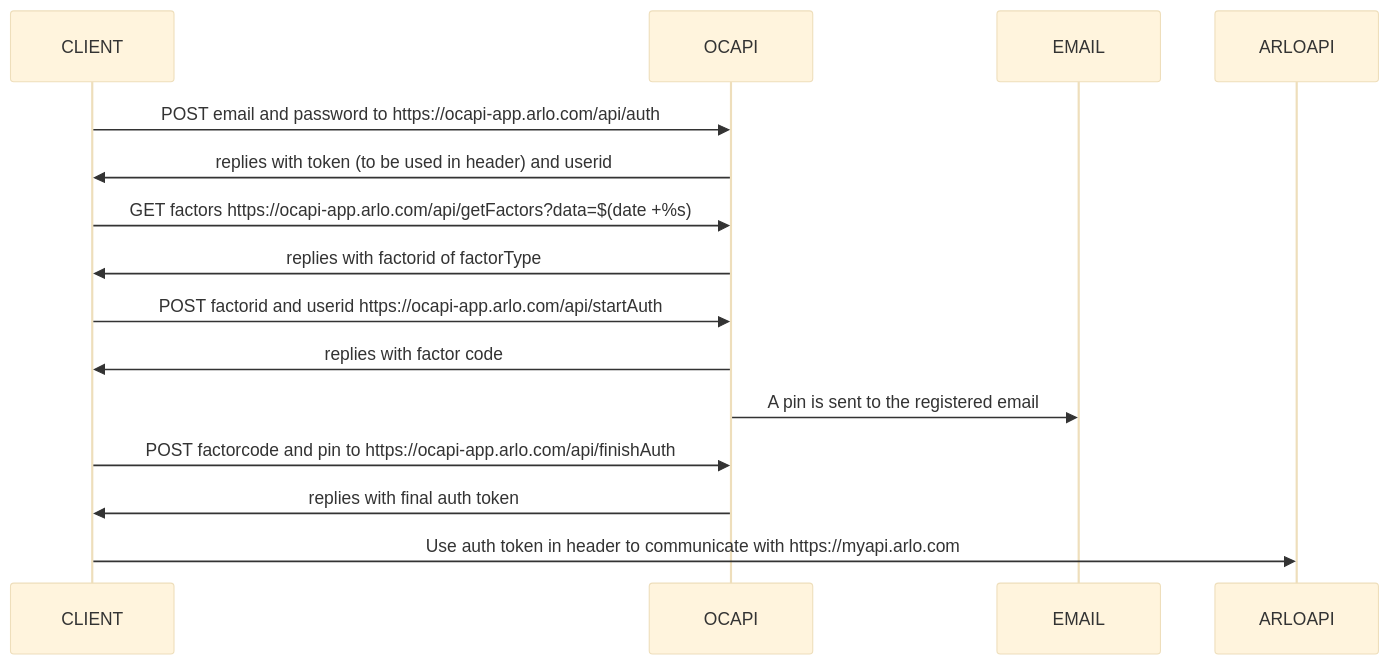
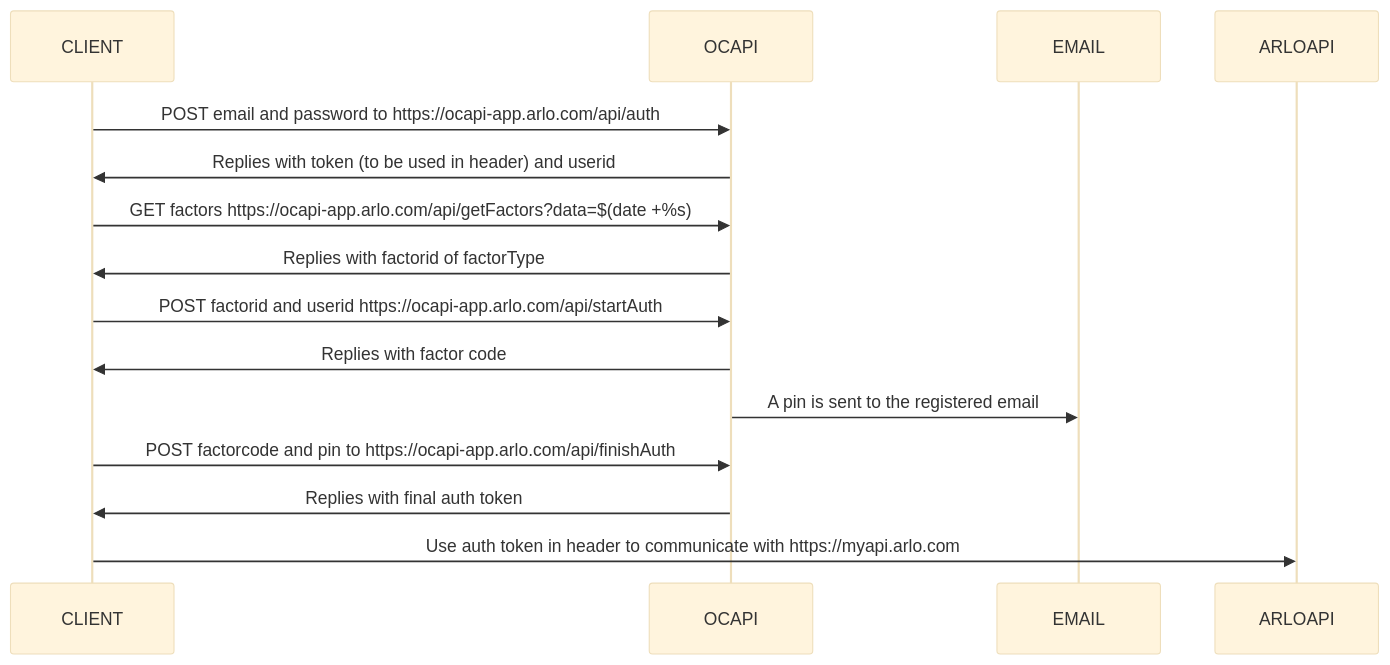
The diagram in README.md (dhojelsen/arlo-node), drawn with Mermaid (base theme) before and after one commit.

Commit message:
Small update to the README

````diff
--- a/README.md
+++ b/README.md
@@ -45,17 +45,17 @@
 ```mermaid
 sequenceDiagram
     participant CLIENT
     participant OCAPI
     participant EMAIL
     participant ARLOAPI
     CLIENT->>OCAPI: POST email and password to https://ocapi-app.arlo.com/api/auth
-    OCAPI->>CLIENT: replies with token (to be used in header) and userid
+    OCAPI->>CLIENT: Replies with token (to be used in header) and userid
     CLIENT->>OCAPI: GET factors https://ocapi-app.arlo.com/api/getFactors?data=$(date +%s)
-    OCAPI->>CLIENT: replies with factorid of factorType
+    OCAPI->>CLIENT: Replies with factorid of factorType
     CLIENT->>OCAPI: POST factorid and userid https://ocapi-app.arlo.com/api/startAuth
-    OCAPI->>CLIENT: replies with factor code
+    OCAPI->>CLIENT: Replies with factor code
     OCAPI->>EMAIL: A pin is sent to the registered email 
     CLIENT->>OCAPI: POST factorcode and pin to https://ocapi-app.arlo.com/api/finishAuth
-    OCAPI->>CLIENT: replies with final auth token
+    OCAPI->>CLIENT: Replies with final auth token
     CLIENT->>ARLOAPI: Use auth token in header to communicate with https://myapi.arlo.com
 ```
````
